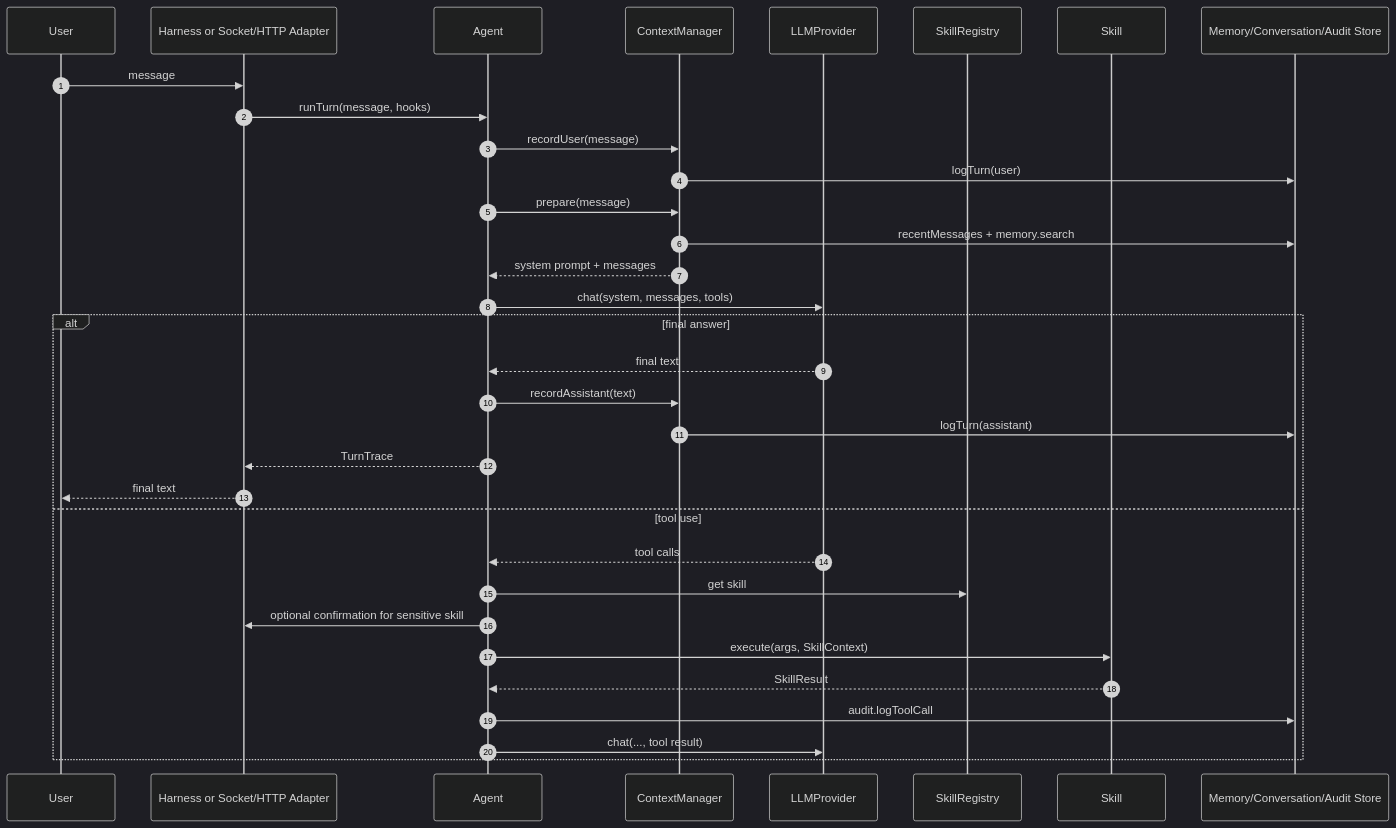
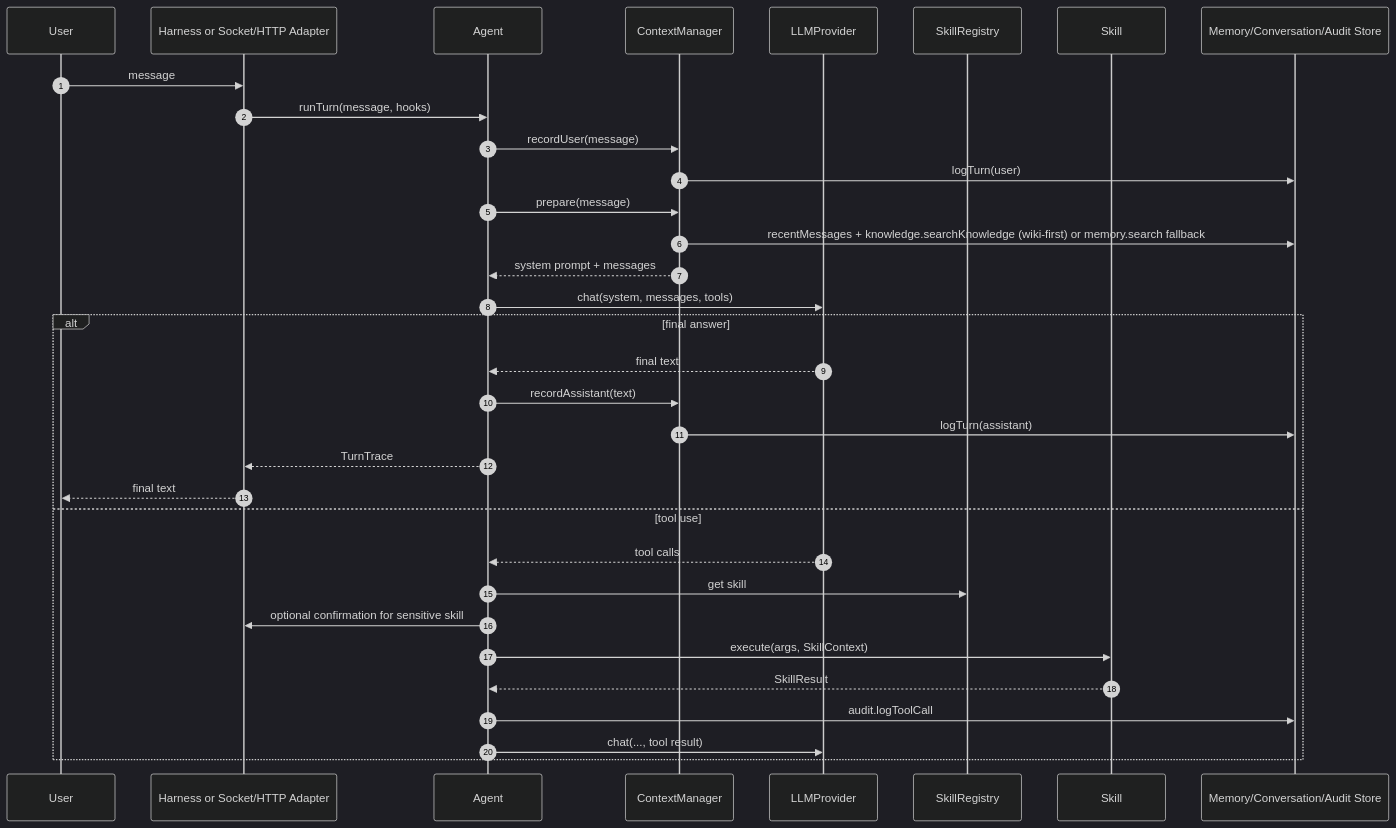
The second of 5 diagrams in docs/ARCHITECTURE.md (Crazy-Faust/miniclaw), drawn with Mermaid (dark theme) before and after one commit. The commit also changed 14 other files, not shown here.

Commit message:
Make wiki the long-term memory surface

````diff
--- a/docs/ARCHITECTURE.md
+++ b/docs/ARCHITECTURE.md
@@ -104,36 +104,36 @@
 ```mermaid
 sequenceDiagram
   autonumber
   participant User
   participant Harness as Harness or Socket/HTTP Adapter
   participant Agent
   participant Context as ContextManager
   participant LLM as LLMProvider
   participant Registry as SkillRegistry
   participant Skill
   participant Store as Memory/Conversation/Audit Store
 
   User->>Harness: message
   Harness->>Agent: runTurn(message, hooks)
   Agent->>Context: recordUser(message)
   Context->>Store: logTurn(user)
   Agent->>Context: prepare(message)
-  Context->>Store: recentMessages + memory.search
+  Context->>Store: recentMessages + knowledge.searchKnowledge (wiki-first) or memory.search fallback
   Context-->>Agent: system prompt + messages
   Agent->>LLM: chat(system, messages, tools)
   alt final answer
     LLM-->>Agent: final text
     Agent->>Context: recordAssistant(text)
     Context->>Store: logTurn(assistant)
     Agent-->>Harness: TurnTrace
     Harness-->>User: final text
   else tool use
     LLM-->>Agent: tool calls
     Agent->>Registry: get skill
     Agent->>Harness: optional confirmation for sensitive skill
     Agent->>Skill: execute(args, SkillContext)
     Skill-->>Agent: SkillResult
     Agent->>Store: audit.logToolCall
     Agent->>LLM: chat(..., tool result)
   end
 ```
````
